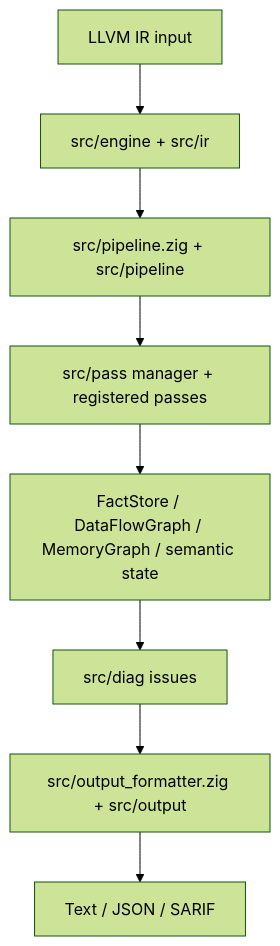
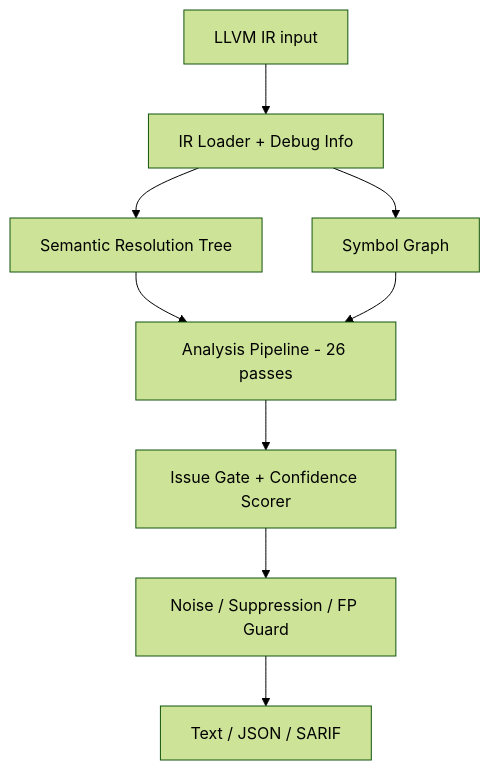
The second of 3 diagrams in README.md (Timwood0x10/OmniScope), drawn with Mermaid (forest theme) before and after one commit. The commit also changed other lines of this file and 34 other files, not shown here.

````diff
--- a/README.md
+++ b/README.md
@@ -33,10 +46,11 @@
 ```mermaid
 flowchart TD
-    IR[LLVM IR input] --> Load[src/engine + src/ir]
-    Load --> Pipe[src/pipeline.zig + src/pipeline]
-    Pipe --> Pass[src/pass manager + registered passes]
-    Pass --> State[FactStore / DataFlowGraph / MemoryGraph / semantic state]
-    State --> Issue[src/diag issues]
-    Issue --> Out[src/output_formatter.zig + src/output]
-    Out --> Report[Text / JSON / SARIF]
+    IR[LLVM IR input] --> Load[IR Loader + Debug Info]
+    Load --> SRT[Semantic Resolution Tree]
+    Load --> SG[Symbol Graph]
+    SRT --> Pipe[Analysis Pipeline - 26 passes]
+    SG --> Pipe
+    Pipe --> Gate[Issue Gate + Confidence Scorer]
+    Gate --> Filter[Noise / Suppression / FP Guard]
+    Filter --> Out[Text / JSON / SARIF]
 ```
````
